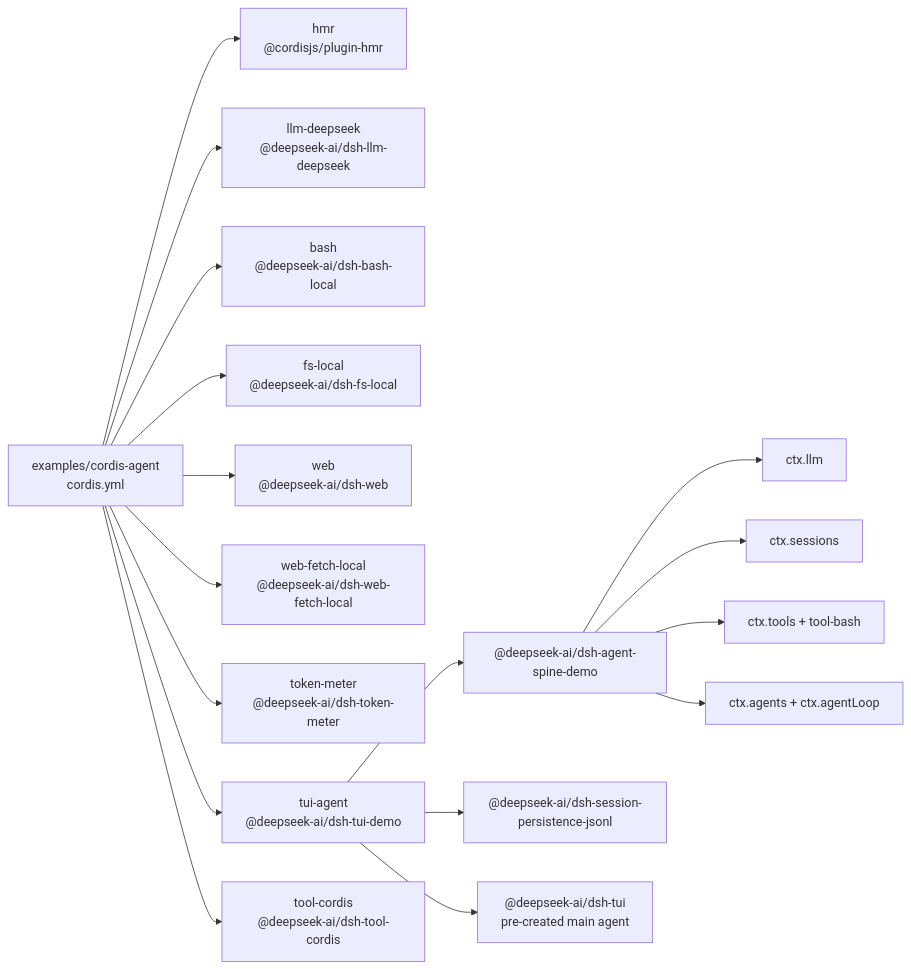
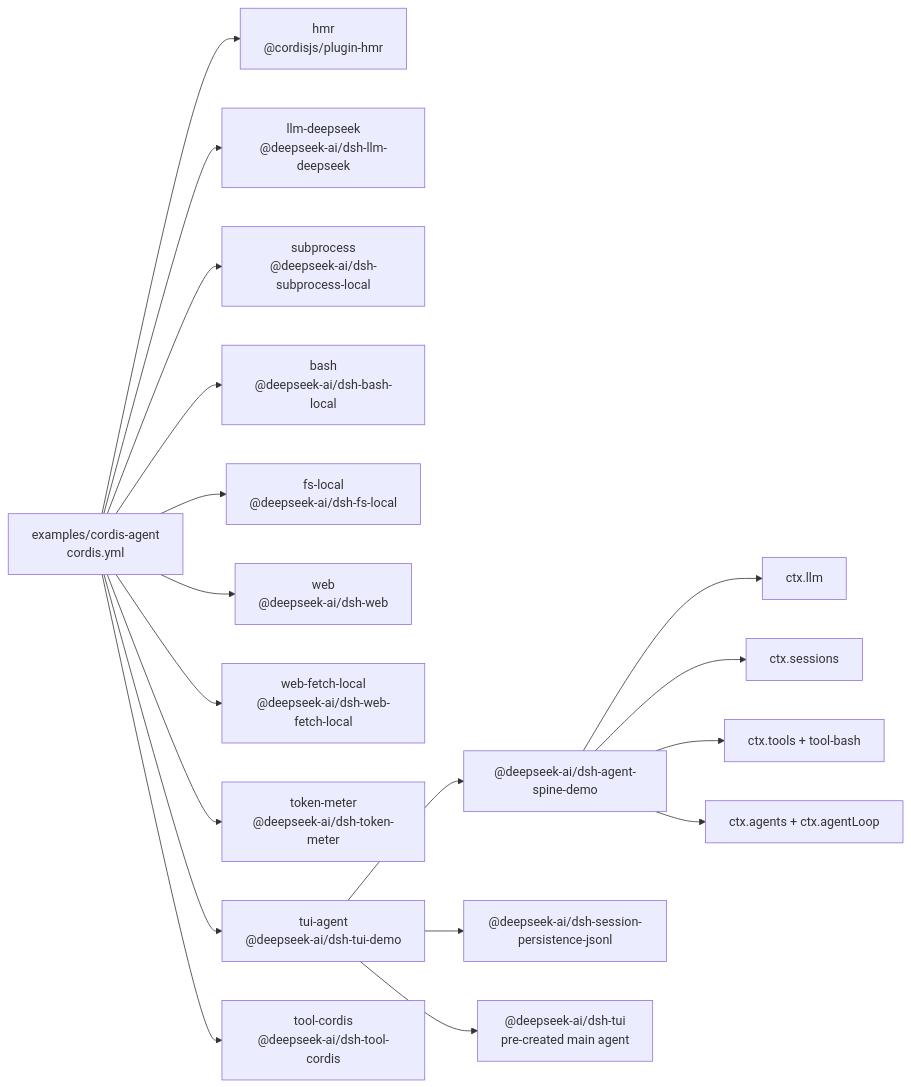
One commit to eru123/coco-harness changed the diagram in examples/cordis-agent/composition.md. Above: the diagram before and after it, drawn with Mermaid. The commit also changed other lines of this file and 184 other files, not shown here.

````diff
--- a/examples/cordis-agent/composition.md
+++ b/examples/cordis-agent/composition.md
@@ -8,29 +8,31 @@
 ```mermaid
 flowchart LR
   cfg["examples/cordis-agent<br/>cordis.yml"]
   plugin_cordis_hmr["hmr<br/>@cordisjs/plugin-hmr"]
   cfg --> plugin_cordis_hmr
   plugin_cordis_llm_deepseek["llm-deepseek<br/>@deepseek-ai/dsh-llm-deepseek"]
   cfg --> plugin_cordis_llm_deepseek
+  plugin_cordis_subprocess["subprocess<br/>@deepseek-ai/dsh-subprocess-local"]
+  cfg --> plugin_cordis_subprocess
   plugin_cordis_bash["bash<br/>@deepseek-ai/dsh-bash-local"]
   cfg --> plugin_cordis_bash
   plugin_cordis_fs_local["fs-local<br/>@deepseek-ai/dsh-fs-local"]
   cfg --> plugin_cordis_fs_local
   plugin_cordis_web["web<br/>@deepseek-ai/dsh-web"]
   cfg --> plugin_cordis_web
   plugin_cordis_web_fetch_local["web-fetch-local<br/>@deepseek-ai/dsh-web-fetch-local"]
   cfg --> plugin_cordis_web_fetch_local
   plugin_cordis_token_meter["token-meter<br/>@deepseek-ai/dsh-token-meter"]
   cfg --> plugin_cordis_token_meter
   plugin_cordis_tui_agent["tui-agent<br/>@deepseek-ai/dsh-tui-demo"]
   cfg --> plugin_cordis_tui_agent
   plugin_cordis_tui_agent --> bundle_agent_core["@deepseek-ai/dsh-agent-spine-demo"]
   plugin_cordis_tui_agent --> bundle_jsonl["@deepseek-ai/dsh-session-persistence-jsonl"]
   plugin_cordis_tui_agent --> frontdoor_tui["@deepseek-ai/dsh-tui<br/>pre-created main agent"]
   bundle_agent_core --> spine_llm["ctx.llm"]
   bundle_agent_core --> spine_sessions["ctx.sessions"]
   bundle_agent_core --> spine_tools["ctx.tools + tool-bash"]
   bundle_agent_core --> spine_loop["ctx.agents + ctx.agentLoop"]
   plugin_cordis_tool_cordis["tool-cordis<br/>@deepseek-ai/dsh-tool-cordis"]
   cfg --> plugin_cordis_tool_cordis
 ```
````
